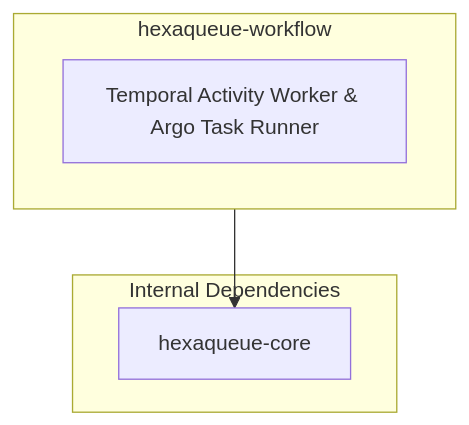
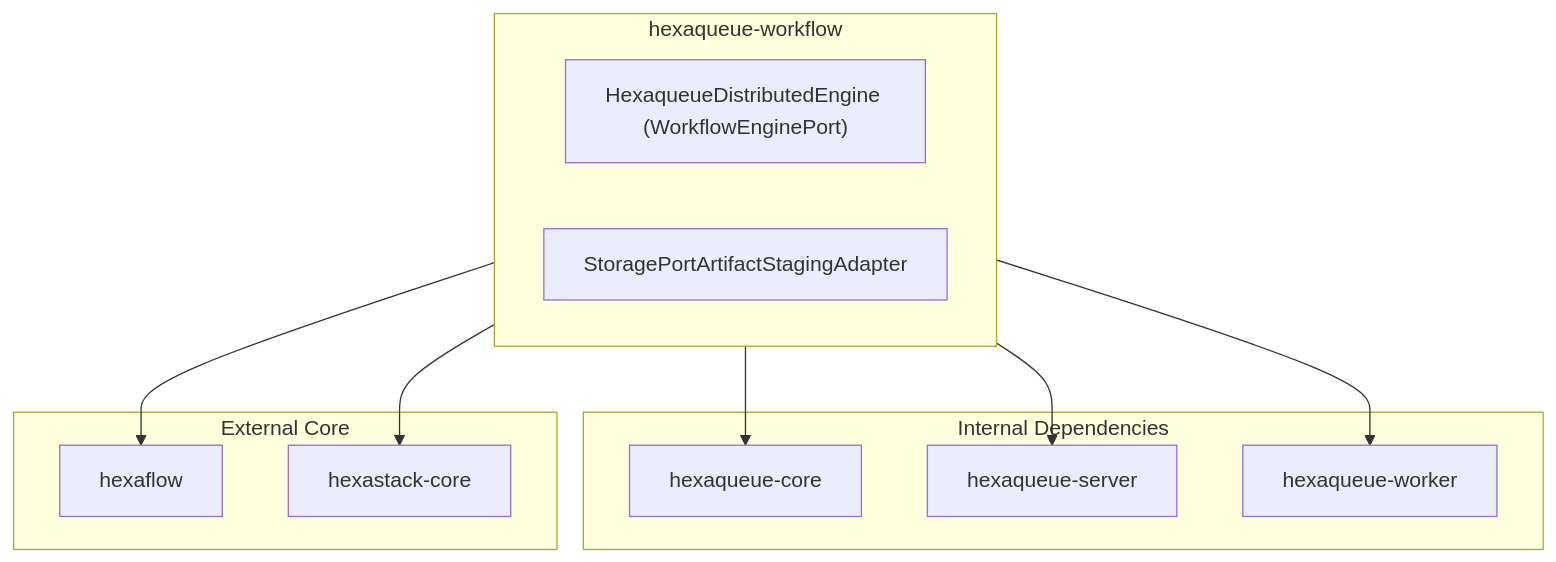
Before and after one commit to TheTrueSCU/hexaqueue: the diagram in packages/hexaqueue_workflow/README.md, drawn with Mermaid. The commit also changed other lines of this file and 35 other files, not shown here.

Commit message:
feat(workflow): implement HexaqueueDistributedEngine and CLI workflow management for Hexaflow (Phase 3)

````diff
--- a/packages/hexaqueue_workflow/README.md
+++ b/packages/hexaqueue_workflow/README.md
@@ -14,12 +14,24 @@
 ```mermaid
 graph TD
     subgraph S1["hexaqueue-workflow"]
-        ACTIVITY["Temporal Activity Worker & Argo Task Runner"]
+        ENGINE["HexaqueueDistributedEngine (WorkflowEnginePort)"]
+        STAGING["StoragePortArtifactStagingAdapter"]
     end
 
     subgraph S2["Internal Dependencies"]
         HQ_CORE["hexaqueue-core"]
+        HQ_SERVER["hexaqueue-server"]
+        HQ_WORKER["hexaqueue-worker"]
+    end
+
+    subgraph S3["External Core"]
+        HEXAFLOW["hexaflow"]
+        HEXASTACK["hexastack-core"]
     end
 
     S1 --> HQ_CORE
+    S1 --> HQ_SERVER
+    S1 --> HQ_WORKER
+    S1 --> HEXAFLOW
+    S1 --> HEXASTACK
 ```
````
